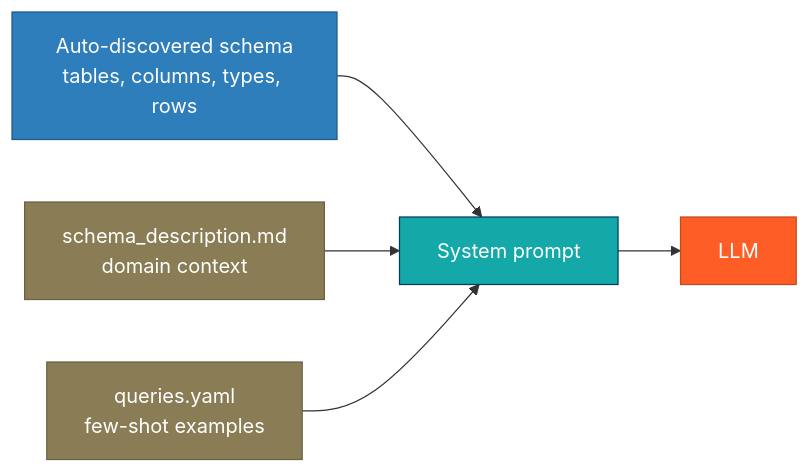
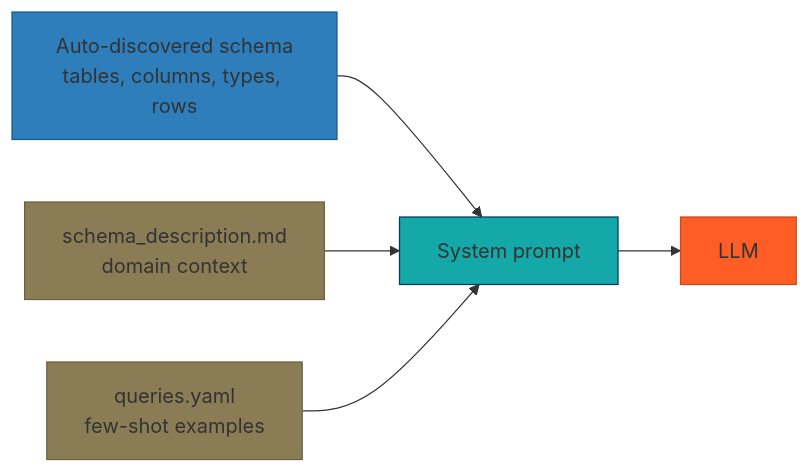
Before and after one commit to dsgrid/datasight: the third of 3 diagrams in docs/tool-developer/architecture.md, drawn with Mermaid. The commit also changed other lines of this file and 5 other files, not shown here.

````diff
--- a/docs/tool-developer/architecture.md
+++ b/docs/tool-developer/architecture.md
@@ -161,13 +161,13 @@
 ```mermaid
 flowchart LR
     A[Auto-discovered schema<br>tables, columns, types, rows] --> D[System prompt]
     B[schema_description.md<br>domain context] --> D
     C[queries.yaml<br>few-shot examples] --> D
     D --> E[LLM]
 
-    style A fill:#2e7ebb,stroke:#1a5c8a,color:#fff
-    style B fill:#8a7d55,stroke:#6b6040,color:#fff
-    style C fill:#8a7d55,stroke:#6b6040,color:#fff
-    style D fill:#15a8a8,stroke:#023d60,color:#fff
-    style E fill:#fe5d26,stroke:#c44a1e,color:#fff
+    style A fill:#2e7ebb,stroke:#1a5c8a
+    style B fill:#8a7d55,stroke:#6b6040
+    style C fill:#8a7d55,stroke:#6b6040
+    style D fill:#15a8a8,stroke:#023d60
+    style E fill:#fe5d26,stroke:#c44a1e
 ```
````
